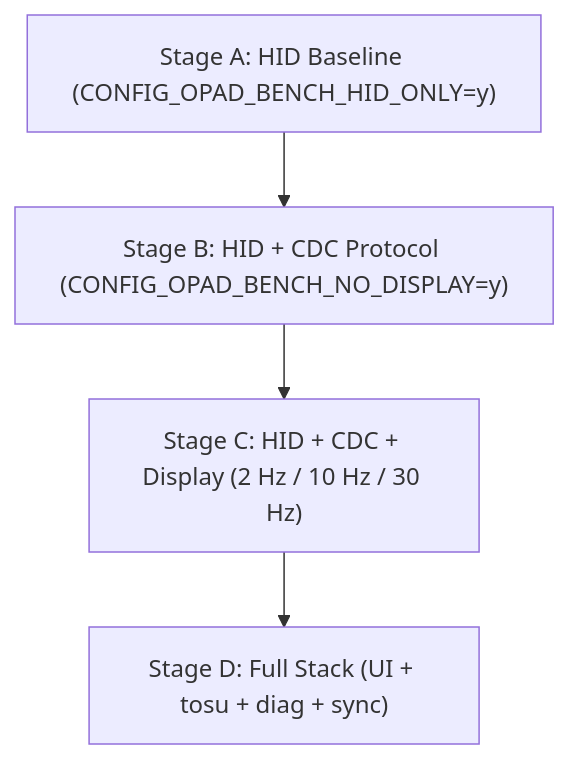
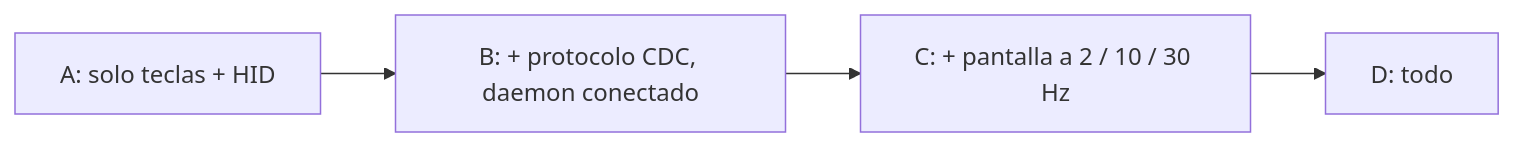
One commit to OPad-dev/opad-web changed the diagram in src/content/docs/es/docs/develop/latency-testing.md. Above: the diagram before and after it, drawn with Mermaid. The commit also changed other lines of this file and 110 other files, not shown here.

```diff
--- a/src/content/docs/es/docs/develop/latency-testing.md
+++ b/src/content/docs/es/docs/develop/latency-testing.md
@@ -30,9 +32,4 @@
 <pre class="mermaid">
-flowchart TD
-    StageA["Stage A: HID Baseline (CONFIG_OPAD_BENCH_HID_ONLY=y)"]
-    StageB["Stage B: HID + CDC Protocol (CONFIG_OPAD_BENCH_NO_DISPLAY=y)"]
-    StageC["Stage C: HID + CDC + Display (2 Hz / 10 Hz / 30 Hz)"]
-    StageD["Stage D: Full Stack (UI + tosu + diag + sync)"]
-
-    StageA --&gt; StageB --&gt; StageC --&gt; StageD
+flowchart LR
+    A["A: solo teclas + HID"] --&gt; B["B: + protocolo CDC, daemon conectado"] --&gt; C["C: + pantalla a 2 / 10 / 30 Hz"] --&gt; D["D: todo"]
 </pre>
```
